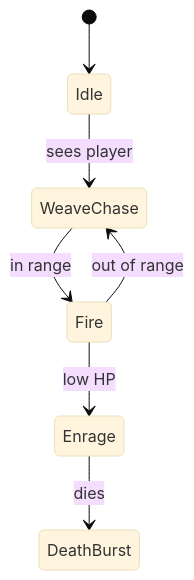
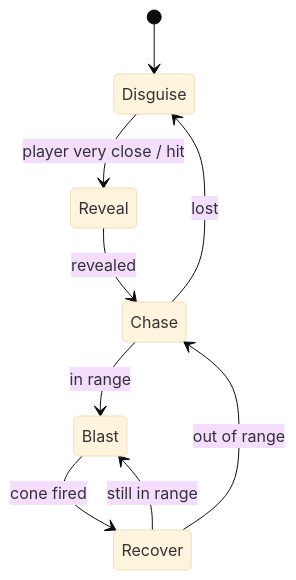
Before and after one commit to lownpho/mages: diagram 24 of 51 in design/docs/enemies.md, drawn with Mermaid (base theme). The commit also changed other lines of this file and 21 other files, not shown here.

````diff
--- a/design/docs/enemies.md
+++ b/design/docs/enemies.md
@@ -672,9 +725,11 @@
 ```mermaid
 stateDiagram-v2
-    [*] --> Idle
-    Idle --> WeaveChase : sees player
-    WeaveChase --> Fire : in range
-    Fire --> WeaveChase : out of range
-    Fire --> Enrage : low HP
-    Enrage --> DeathBurst : dies
+    [*] --> Disguise
+    Disguise --> Reveal : player very close / hit
+    Reveal --> Chase : revealed
+    Chase --> Blast : in range
+    Blast --> Recover : cone fired
+    Recover --> Blast : still in range
+    Recover --> Chase : out of range
+    Chase --> Disguise : lost
 ```
````
